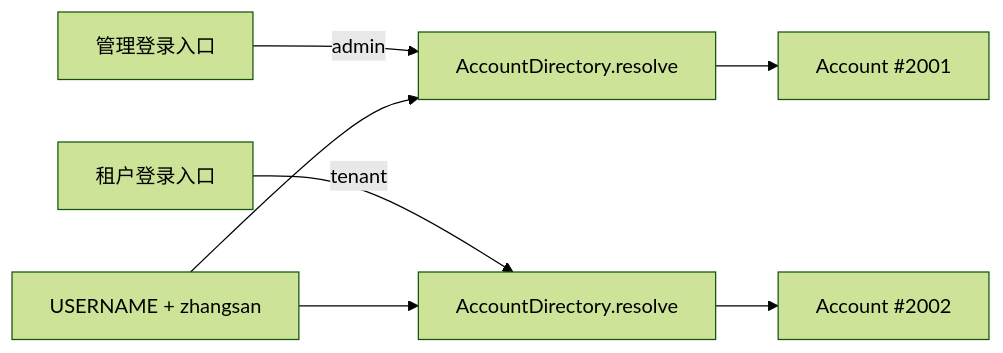
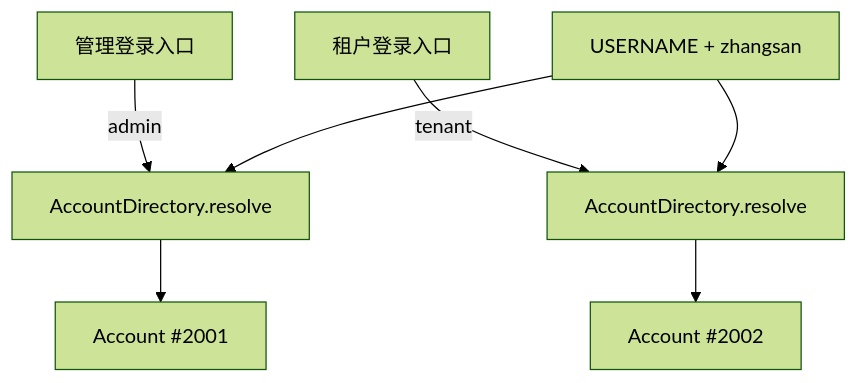
Before and after one commit to SH-XiaoXiu/sca4d-j: the fifth of 6 diagrams in docs/home/identity.md, drawn with Mermaid (forest theme). The commit also changed other lines of this file and 45 other files, not shown here.

````diff
--- a/docs/home/identity.md
+++ b/docs/home/identity.md
@@ -390,9 +390,9 @@
 ```mermaid
-flowchart LR
+flowchart TB
     AdminLogin["管理登录入口"] -->|"admin"| AdminLookup["AccountDirectory.resolve"]
     TenantLogin["租户登录入口"] -->|"tenant"| TenantLookup["AccountDirectory.resolve"]
     Identifier["USERNAME + zhangsan"] --> AdminLookup
     Identifier --> TenantLookup
     AdminLookup --> AdminAccount["Account #2001"]
     TenantLookup --> TenantAccount["Account #2002"]
 ```
````
